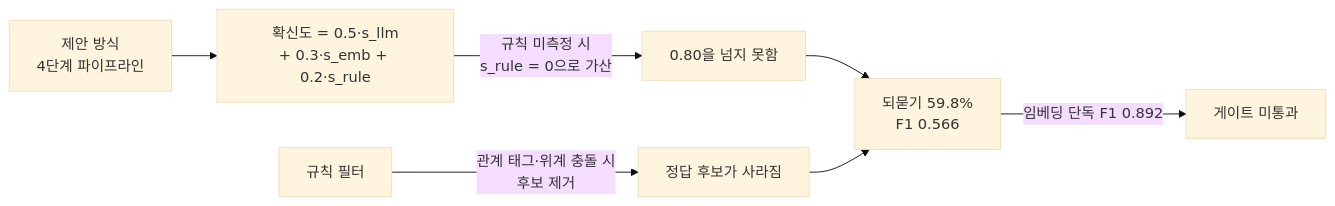
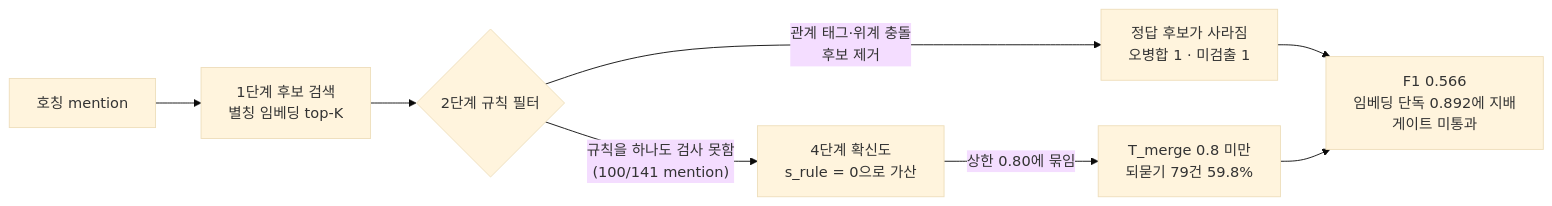
The first of 9 diagrams in README.md (SunWoo1213/Relationship), drawn with Mermaid (base theme) before and after one commit. The commit also changed other lines of this file, not shown here.

````diff
--- a/README.md
+++ b/README.md
@@ -76,8 +44,9 @@
 ```mermaid
 flowchart LR
-  P[제안 방식<br/>4단계 파이프라인] --> C["확신도 = 0.5·s_llm<br/>+ 0.3·s_emb + 0.2·s_rule"]
-  C -->|규칙 미측정 시<br/>s_rule = 0으로 가산| L[0.80을 넘지 못함]
-  R[규칙 필터] -->|관계 태그·위계 충돌 시<br/>후보 제거| D[정답 후보가 사라짐]
-  L & D --> F[되묻기 59.8%<br/>F1 0.566]
-  F -->|임베딩 단독 F1 0.892| G[게이트 미통과]
+  M["호칭 mention"] --> S1["1단계 후보 검색<br/>별칭 임베딩 top-K"]
+  S1 --> S2{"2단계 규칙 필터"}
+  S2 -->|"관계 태그·위계 충돌<br/>후보 제거"| X["정답 후보가 사라짐<br/>오병합 1 · 미검출 1"]
+  S2 -->|"규칙을 하나도 검사 못함<br/>(100/141 mention)"| S4["4단계 확신도<br/>s_rule = 0으로 가산"]
+  S4 -->|"상한 0.80에 묶임"| D["T_merge 0.8 미만<br/>되묻기 79건 59.8%"]
+  X & D --> G["F1 0.566<br/>임베딩 단독 0.892에 지배<br/>게이트 미통과"]
 ```
````
